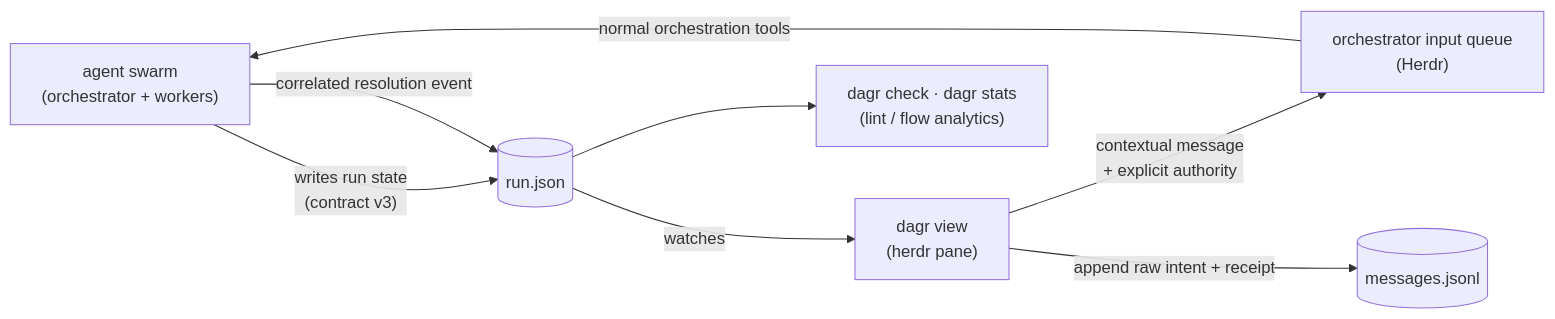
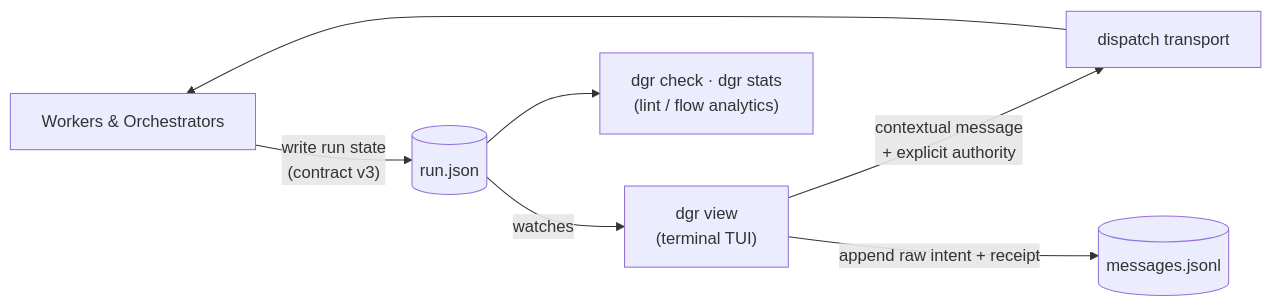
One commit to unsigned-gg/dgr changed the diagram in README.md. Above: the diagram before and after it, drawn with Mermaid. The commit also changed other lines of this file and 52 other files, not shown here.

Commit message:
refactor(dgr): decouple from herdr and dagr into standalone mathematical DAG engine

````diff
--- a/README.md
+++ b/README.md
@@ -126,10 +62,9 @@
 ```mermaid
 flowchart LR
-    swarm["agent swarm<br/>(orchestrator + workers)"] -->|"writes run state<br/>(contract v3)"| run[("run.json")]
-    run -->|"watches"| view["dagr view<br/>(herdr pane)"]
-    run --> check["dagr check · dagr stats<br/>(lint / flow analytics)"]
-    view -->|"contextual message<br/>+ explicit authority"| orch["orchestrator input queue<br/>(Herdr)"]
-    orch -->|"normal orchestration tools"| swarm
+    producers["Workers & Orchestrators"] -->|"write run state<br/>(contract v3)"| run[("run.json")]
+    run -->|"watches"| view["dgr view<br/>(terminal TUI)"]
+    run --> check["dgr check · dgr stats<br/>(lint / flow analytics)"]
+    view -->|"contextual message<br/>+ explicit authority"| dispatch["dispatch transport"]
+    dispatch --> producers
     view -->|"append raw intent + receipt"| journal[("messages.jsonl")]
-    swarm -->|"correlated resolution event"| run
 ```
````
